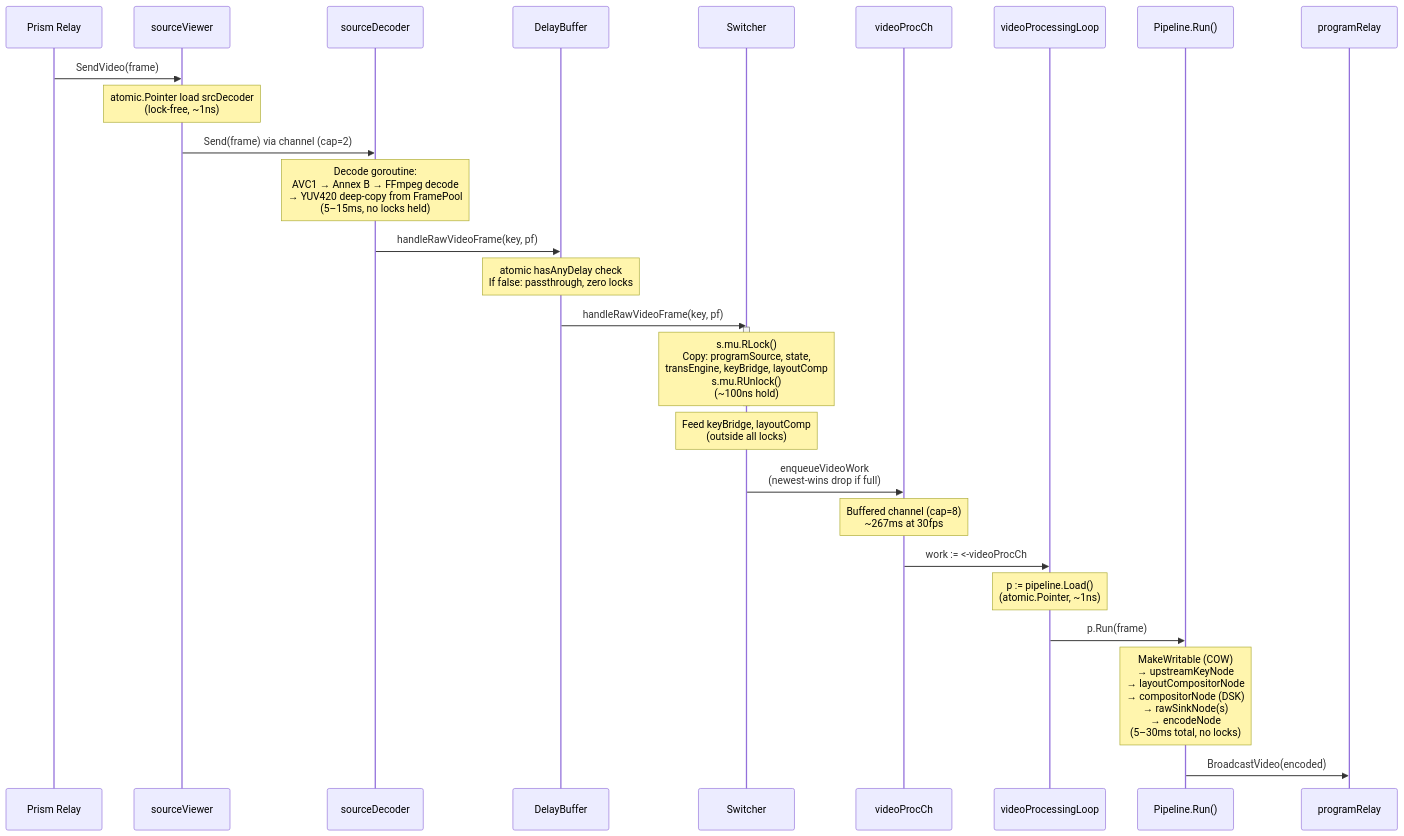
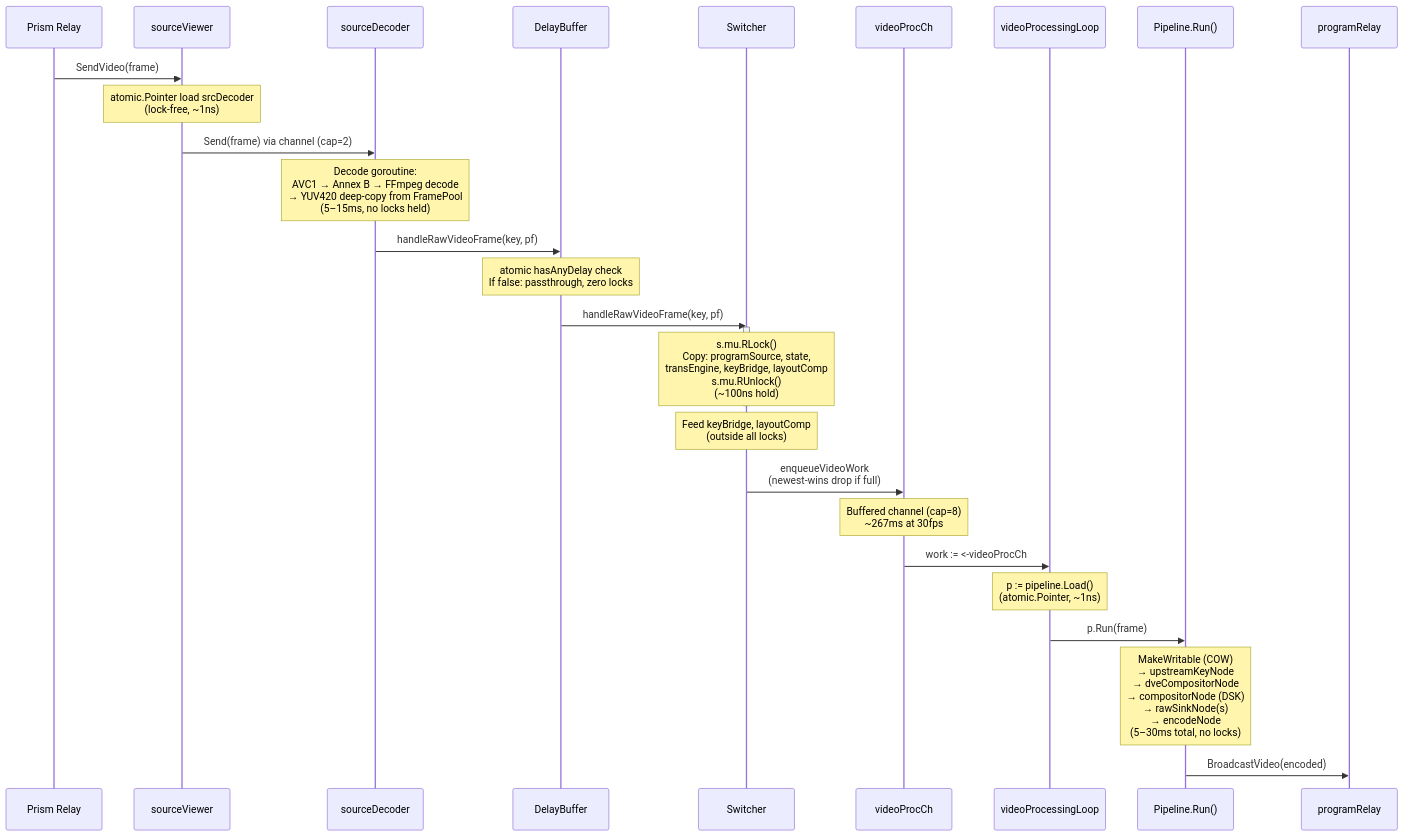
One commit to qvest-digital/dmf-mf-switchframe changed the second of 7 diagrams in docs/locking-and-concurrency.md. Above: the diagram before and after it, drawn with Mermaid. The commit also changed other lines of this file and 68 other files, not shown here.

First line of the commit message:
feat: Consolidate layout/ into DVE as single compositor

````diff
--- a/docs/locking-and-concurrency.md
+++ b/docs/locking-and-concurrency.md
@@ -164,39 +164,39 @@
 ```mermaid
 sequenceDiagram
     participant Relay as Prism Relay
     participant SV as sourceViewer
     participant SD as sourceDecoder
     participant DB as DelayBuffer
     participant SW as Switcher
     participant CH as videoProcCh
     participant PL as videoProcessingLoop
     participant PIPE as Pipeline.Run()
     participant PR as programRelay
 
     Relay->>SV: SendVideo(frame)
     Note over SV: atomic.Pointer load srcDecoder<br/>(lock-free, ~1ns)
 
     SV->>SD: Send(frame) via channel (cap=2)
     Note over SD: Decode goroutine:<br/>AVC1 → Annex B → FFmpeg decode<br/>→ YUV420 deep-copy from FramePool<br/>(5–15ms, no locks held)
 
     SD->>DB: handleRawVideoFrame(key, pf)
     Note over DB: atomic hasAnyDelay check<br/>If false: passthrough, zero locks
 
     DB->>SW: handleRawVideoFrame(key, pf)
     activate SW
     Note over SW: s.mu.RLock()<br/>Copy: programSource, state,<br/>transEngine, keyBridge, layoutComp<br/>s.mu.RUnlock()<br/>(~100ns hold)
     deactivate SW
 
     Note over SW: Feed keyBridge, layoutComp<br/>(outside all locks)
 
     SW->>CH: enqueueVideoWork<br/>(newest-wins drop if full)
     Note over CH: Buffered channel (cap=8)<br/>~267ms at 30fps
 
     CH->>PL: work := <-videoProcCh
     Note over PL: p := pipeline.Load()<br/>(atomic.Pointer, ~1ns)
 
     PL->>PIPE: p.Run(frame)
-    Note over PIPE: MakeWritable (COW)<br/>→ upstreamKeyNode<br/>→ layoutCompositorNode<br/>→ compositorNode (DSK)<br/>→ rawSinkNode(s)<br/>→ encodeNode<br/>(5–30ms total, no locks)
+    Note over PIPE: MakeWritable (COW)<br/>→ upstreamKeyNode<br/>→ dveCompositorNode<br/>→ compositorNode (DSK)<br/>→ rawSinkNode(s)<br/>→ encodeNode<br/>(5–30ms total, no locks)
 
     PIPE->>PR: BroadcastVideo(encoded)
 ```
````
